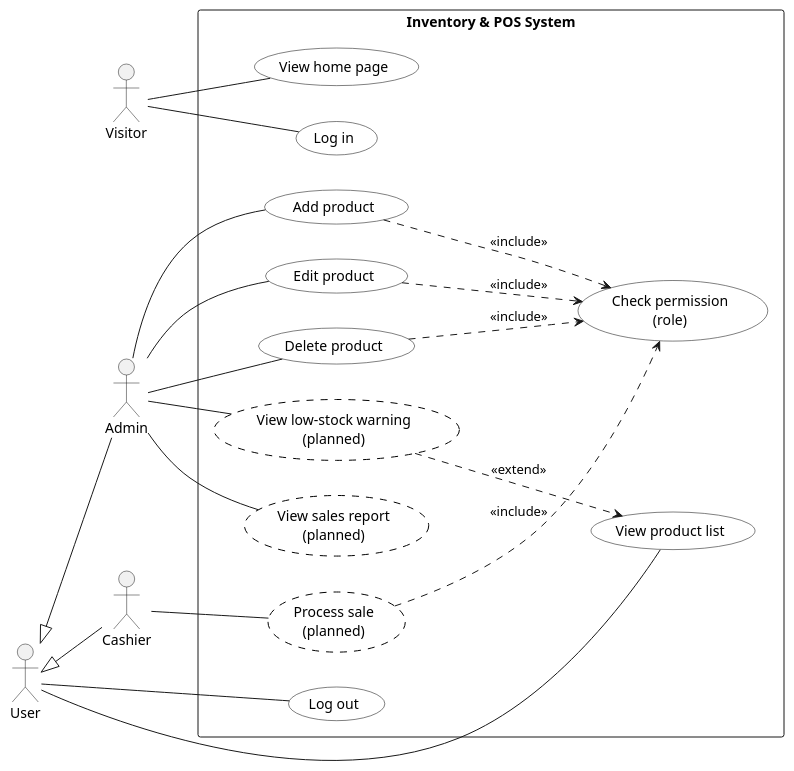
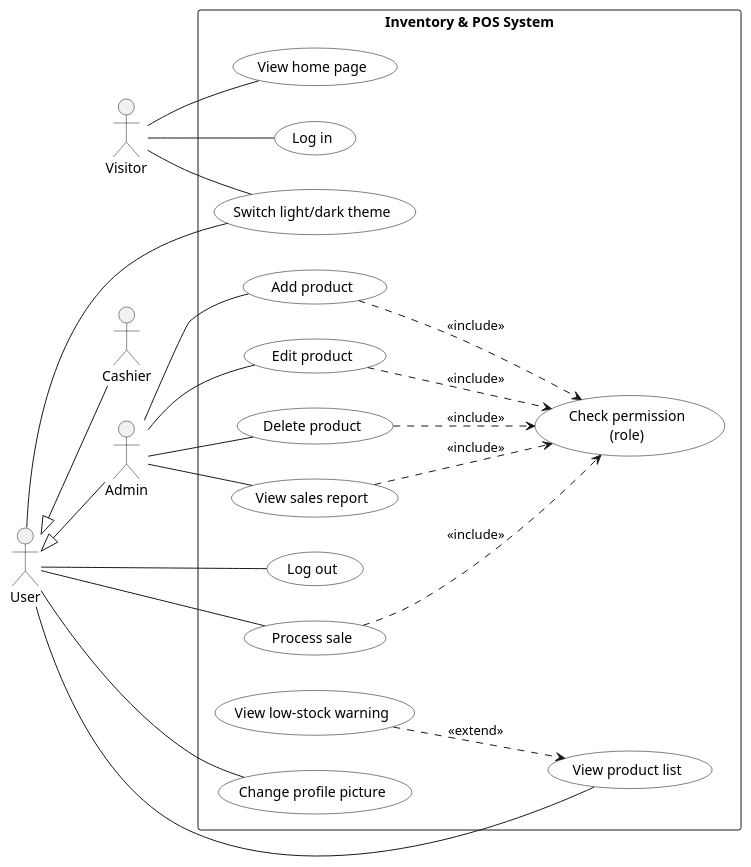
Before and after one commit to JmlAsync/inventory-pos-system: the diagram in diagrams/use_case_diagram.puml, drawn with PlantUML. The commit also changed 2 other files, not shown here.

Commit message:
Docs: v0.12.0 profile picture and v0.13.0 modern theme
Stories F10-F11, test cases TC-11.x and TC-12.x (107 cases), DEF-25 and
DEF-26, use cases UC-11 and UC-12, updated use case diagram, actors table
and known limitations; removed a leftover duplicate UC-10 fragment.

Claude-Session: https://claude.ai/code/session_01AnRZgfVLrJe4aroni2zZdi

```diff
--- a/diagrams/use_case_diagram.puml
+++ b/diagrams/use_case_diagram.puml
@@ -1,56 +1,60 @@
 @startuml
-' Use case diagram - Inventory & POS System (v0.7.0 + planned features)
+' Use case diagram - Inventory & POS System (v0.13.0: all use cases built)
 ' Paste into draw.io (Arrange > Insert > Advanced > PlantUML) or planttext.com
 ' Lines starting with an apostrophe are comments and are not drawn.
 
 left to right direction
 skinparam packageStyle rectangle
 skinparam usecase {
   BackgroundColor White
   BorderColor Black
 }
 
 actor Visitor
 actor User
 actor Admin
 actor Cashier
 
 ' Generalization: Admin and Cashier are kinds of User
 User <|-- Admin
 User <|-- Cashier
 
 rectangle "Inventory & POS System" {
   usecase "View home page" as UC01
   usecase "Log in" as UC02
   usecase "Log out" as UC03
   usecase "View product list" as UC04
   usecase "Add product" as UC05
   usecase "Edit product" as UC06
   usecase "Delete product" as UC07
   usecase "Check permission\n(role)" as CHK
-  usecase "Process sale\n(planned)" as UC08 #line.dashed
-  usecase "View low-stock warning\n(planned)" as UC09 #line.dashed
-  usecase "View sales report\n(planned)" as UC10 #line.dashed
+  usecase "Process sale" as UC08
+  usecase "View low-stock warning" as UC09
+  usecase "View sales report" as UC10
+  usecase "Change profile picture" as UC11
+  usecase "Switch light/dark theme" as UC12
 }
 
 Visitor -- UC01
 Visitor -- UC02
+Visitor -- UC12
 
 User -- UC03
 User -- UC04
+User -- UC08
+User -- UC11
+User -- UC12
 
 Admin -- UC05
 Admin -- UC06
 Admin -- UC07
-Admin -- UC09
 Admin -- UC10
-
-Cashier -- UC08
 
 UC05 ..> CHK : <<include>>
 UC06 ..> CHK : <<include>>
 UC07 ..> CHK : <<include>>
 UC08 ..> CHK : <<include>>
+UC10 ..> CHK : <<include>>
 
 UC09 ..> UC04 : <<extend>>
 @enduml
```
